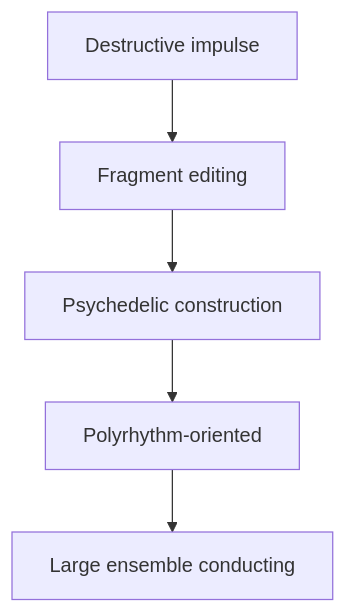
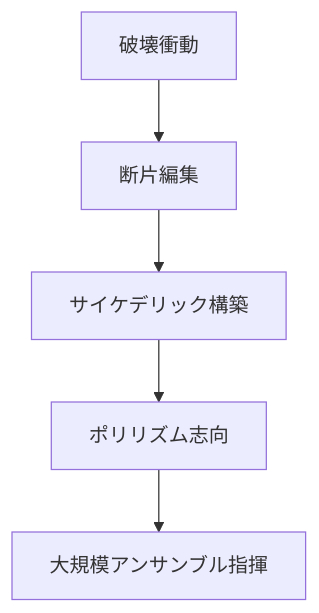
The fifth of 6 diagrams in en/_posts/2025-12-05-column-boredoms.md (monumental-movement/monumental-movement.github.io), drawn with Mermaid before and after one commit. The commit also changed other lines of this file and 775 other files, not shown here.

```diff
--- a/en/_posts/2025-12-05-column-boredoms.md
+++ b/en/_posts/2025-12-05-column-boredoms.md
@@ -224,7 +223,7 @@
 <div class="mermaid">
 flowchart TD
-    A["Destructive impulse"] --> B["Fragment editing"]
-    B --> C["Psychedelic construction"]
-    C --> D["Polyrhythm-oriented"]
-    D --> E["Large ensemble conducting"]
+    A["破壊衝動"] --> B["断片編集"]
+    B --> C["サイケデリック構築"]
+    C --> D["ポリリズム志向"]
+    D --> E["大規模アンサンブル指揮"]
 </div>
```
